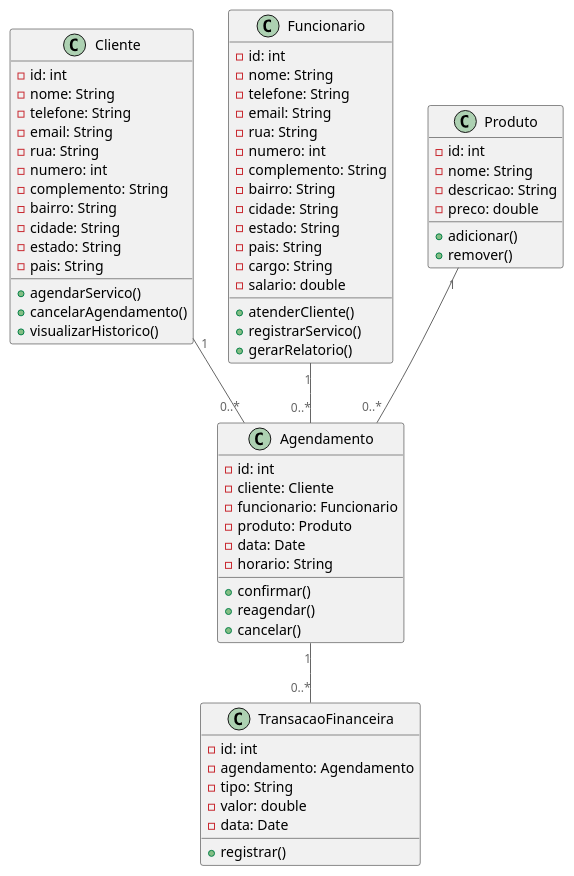
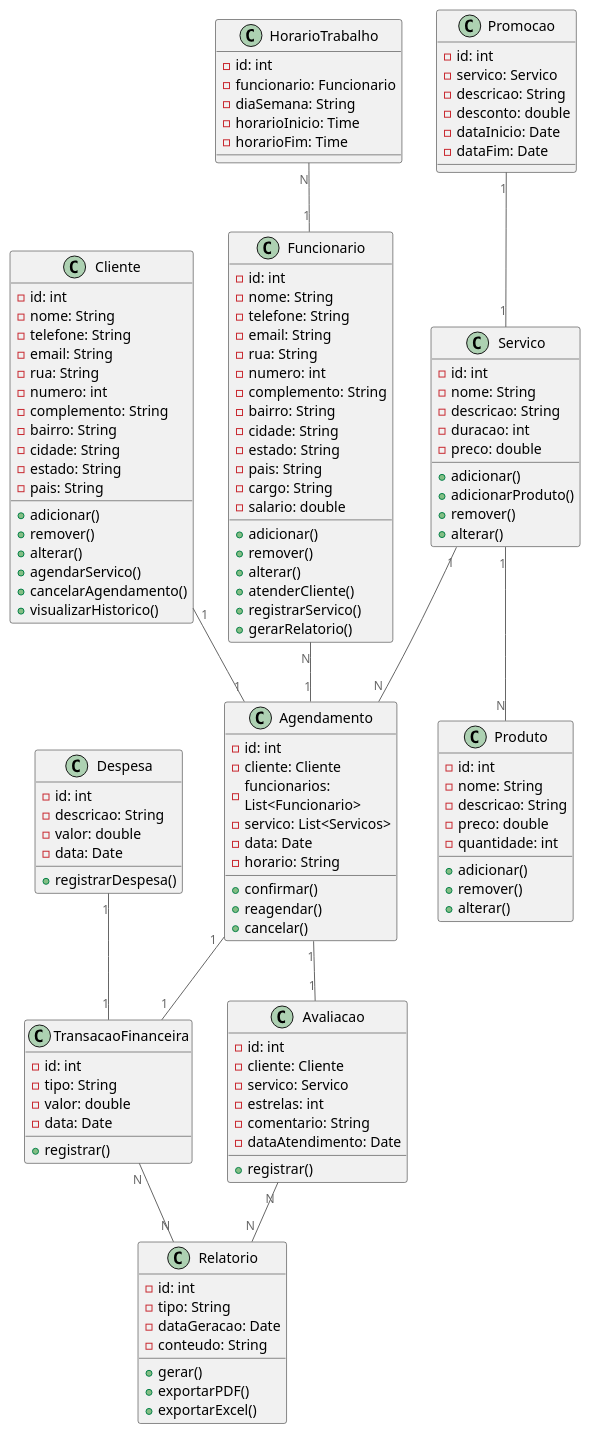
Before and after one commit to wagnermartinssantana/projetoIntegrado: the diagram in C4model/diagrama-classe-dominio.puml, drawn with PlantUML.

Commit message:
atualizado o diagrama de casos de uso C4model

```diff
--- a/C4model/diagrama-classe-dominio.puml
+++ b/C4model/diagrama-classe-dominio.puml
@@ -1,75 +1,146 @@
 @startuml Diagrama de Classes
 !include https://raw.githubusercontent.com/plantuml-stdlib/C4-PlantUML/master/C4_Container.puml
 
 class Cliente {
     - id: int
     - nome: String
     - telefone: String
     - email: String
     - rua: String
     - numero: int
     - complemento: String
     - bairro: String
     - cidade: String
     - estado: String
     - pais: String
+    + adicionar()
+    + remover()
+    + alterar()
     + agendarServico()
     + cancelarAgendamento()
     + visualizarHistorico()
 }
 
 class Funcionario {
     - id: int
     - nome: String
     - telefone: String
     - email: String
     - rua: String
     - numero: int
     - complemento: String
     - bairro: String
     - cidade: String
     - estado: String
     - pais: String
     - cargo: String
     - salario: double
+    + adicionar()
+    + remover()
+    + alterar()
     + atenderCliente()
     + registrarServico()
     + gerarRelatorio()
 }
 
 class Produto {
     - id: int
     - nome: String
     - descricao: String
     - preco: double
+    - quantidade: int
     + adicionar()
     + remover()
+    + alterar()
 }
 
 class Agendamento {
     - id: int
     - cliente: Cliente
-    - funcionario: Funcionario
-    - produto: Produto
+    - funcionarios: List<Funcionario>
+    - servico: List<Servicos>
     - data: Date
     - horario: String
     + confirmar()
     + reagendar()
     + cancelar()
 }
 
 class TransacaoFinanceira {
     - id: int
-    - agendamento: Agendamento
     - tipo: String
     - valor: double
     - data: Date
     + registrar()
 }
 
-Cliente "1" -- "0..*" Agendamento
-Funcionario "1" -- "0..*" Agendamento
-Produto "1" -- "0..*" Agendamento
-Agendamento"1" -- "0..*" TransacaoFinanceira
+class Avaliacao {
+    - id: int
+    - cliente: Cliente
+    - servico: Servico
+    - estrelas: int
+    - comentario: String
+    - dataAtendimento: Date
+    + registrar()
+}
+
+class Servico {
+    - id: int
+    - nome: String
+    - descricao: String
+    - duracao: int
+    - preco: double
+    + adicionar()
+    + adicionarProduto()
+    + remover()
+    + alterar()
+}
+
+class Relatorio {
+    - id: int
+    - tipo: String
+    - dataGeracao: Date
+    - conteudo: String
+    + gerar()
+    + exportarPDF()
+    + exportarExcel()
+}
+
+class Despesa {
+    - id: int
+    - descricao: String
+    - valor: double
+    - data: Date
+    + registrarDespesa()
+}
+
+class HorarioTrabalho {
+    - id: int
+    - funcionario: Funcionario
+    - diaSemana: String
+    - horarioInicio: Time
+    - horarioFim: Time
+}
+
+class Promocao {
+    - id: int
+    - servico: Servico
+    - descricao: String
+    - desconto: double
+    - dataInicio: Date
+    - dataFim: Date
+}
+
+Cliente "1" -- "1" Agendamento
+Funcionario "N" -- "1" Agendamento
+Servico "1" -- "N" Agendamento
+Servico "1" -- "N" Produto
+Agendamento "1" -- "1" TransacaoFinanceira
+Agendamento "1" -- "1" Avaliacao
+TransacaoFinanceira "N" -- "N" Relatorio
+Avaliacao "N" -- "N" Relatorio
+Despesa "1" -- "1" TransacaoFinanceira
+HorarioTrabalho "N" -- "1" Funcionario
+Promocao "1" -- "1" Servico
 
 @enduml
```
